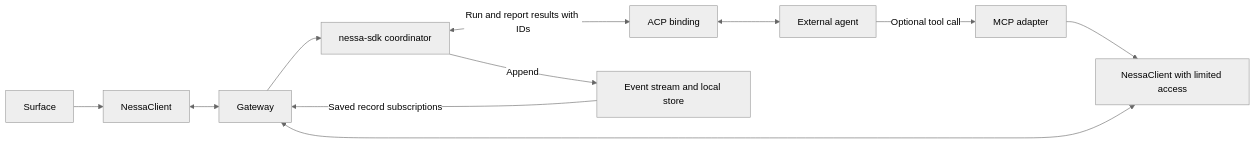
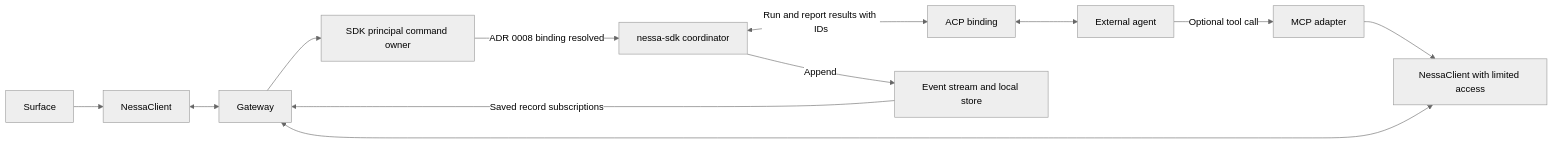
One commit to nessalabs/nessa-agent changed the first of 4 diagrams in docs/design/collaboration-sequences-and-mcp.md. Above: the diagram before and after it, drawn with Mermaid (neutral theme). The commit also changed other lines of this file and 7 other files, not shown here.

````diff
--- a/docs/design/collaboration-sequences-and-mcp.md
+++ b/docs/design/collaboration-sequences-and-mcp.md
@@ -16,13 +16,14 @@
 ```mermaid
 flowchart LR
     UI[Surface] --> C[NessaClient]
     C <--> G[Gateway]
-    G --> R[nessa-sdk coordinator]
+    G --> I[SDK principal command owner]
+    I -->|ADR 0008 binding resolved| R[nessa-sdk coordinator]
     R <-->|Run and report results with IDs| B[ACP binding]
     B <--> A[External agent]
     R -->|Append| S[Event stream and local store]
     S -->|Saved record subscriptions| G
     A -->|Optional tool call| M[MCP adapter]
     M --> AC[NessaClient with limited access]
     AC <--> G
 ```
````
